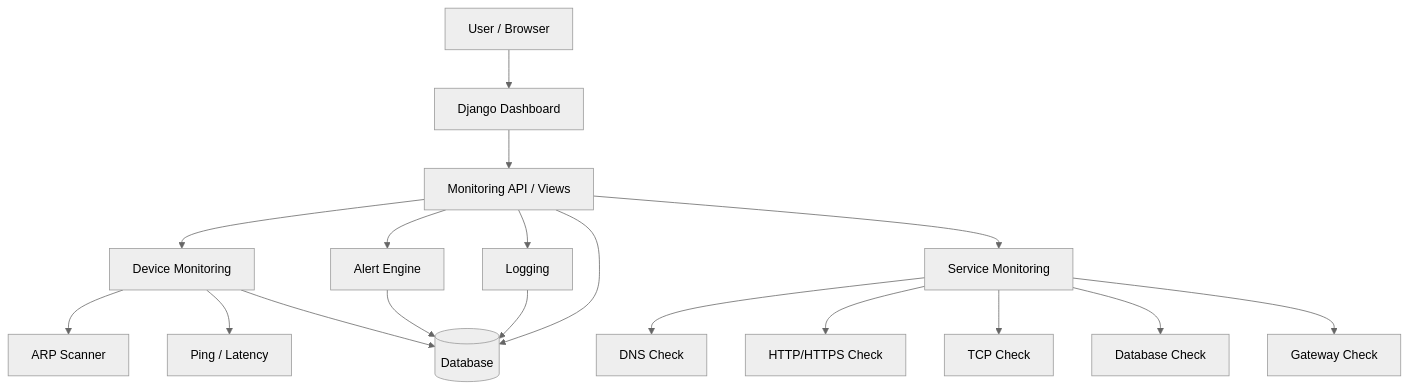
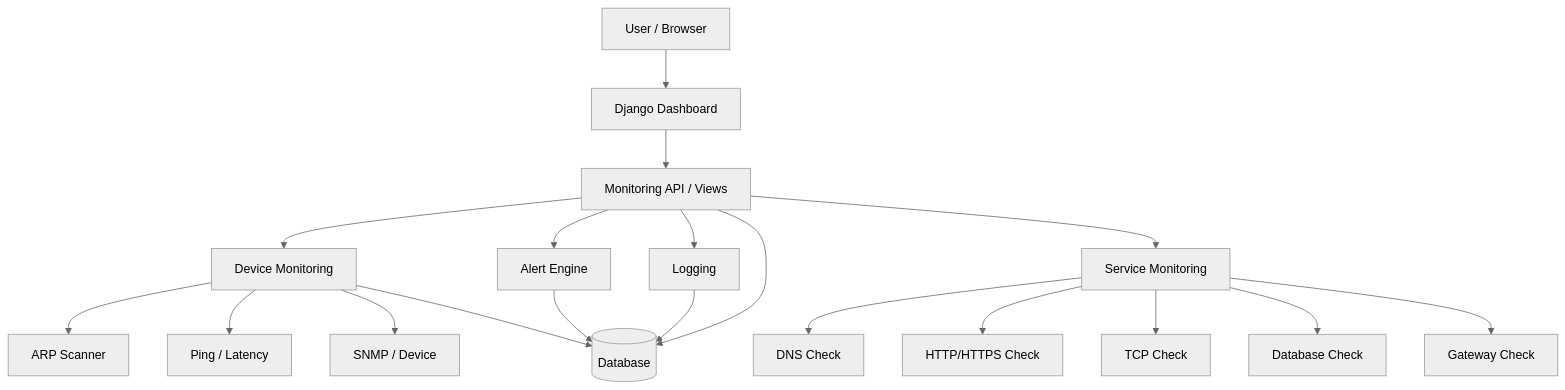
Before and after one commit to husseiny8/Network_Monitoring: the first of 4 diagrams in README.md, drawn with Mermaid (neutral theme). The commit also changed other lines of this file, not shown here.

````diff
--- a/README.md
+++ b/README.md
@@ -232,24 +211,25 @@
 ```mermaid
 flowchart TB
     U[User / Browser] --> D[Django Dashboard]
     D --> API[Monitoring API / Views]
 
     API --> DEV[Device Monitoring]
     API --> SVC[Service Monitoring]
     API --> ALT[Alert Engine]
     API --> LOG[Logging]
 
     DEV --> ARP[ARP Scanner]
     DEV --> PING[Ping / Latency]
+    DEV --> SNMP[SNMP / Device]
 
     SVC --> DNS[DNS Check]
     SVC --> WEB[HTTP/HTTPS Check]
     SVC --> TCP[TCP Check]
     SVC --> DB[Database Check]
     SVC --> GW[Gateway Check]
 
     DEV --> DBSTORE[(Database)]
     ALT --> DBSTORE
     LOG --> DBSTORE
     API --> DBSTORE
 ```
````
